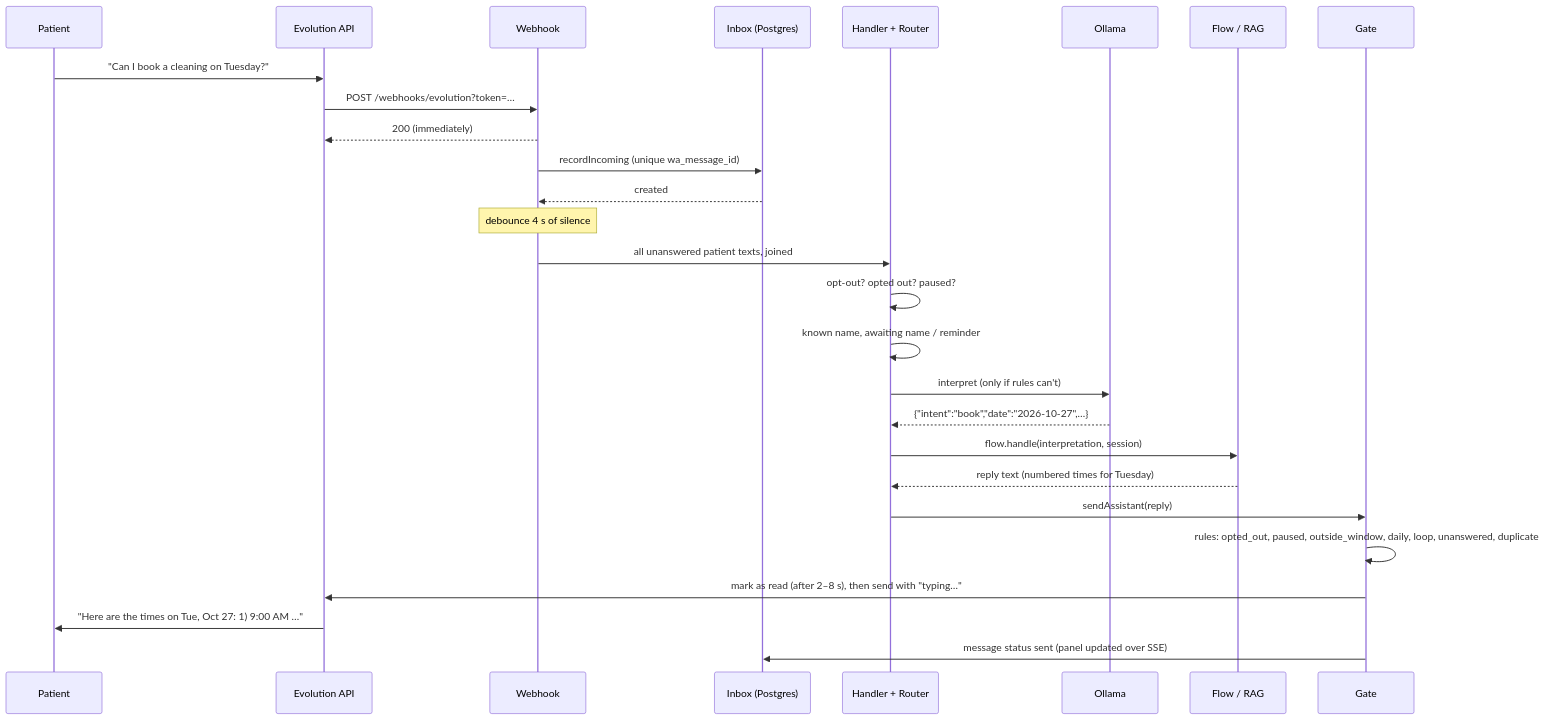
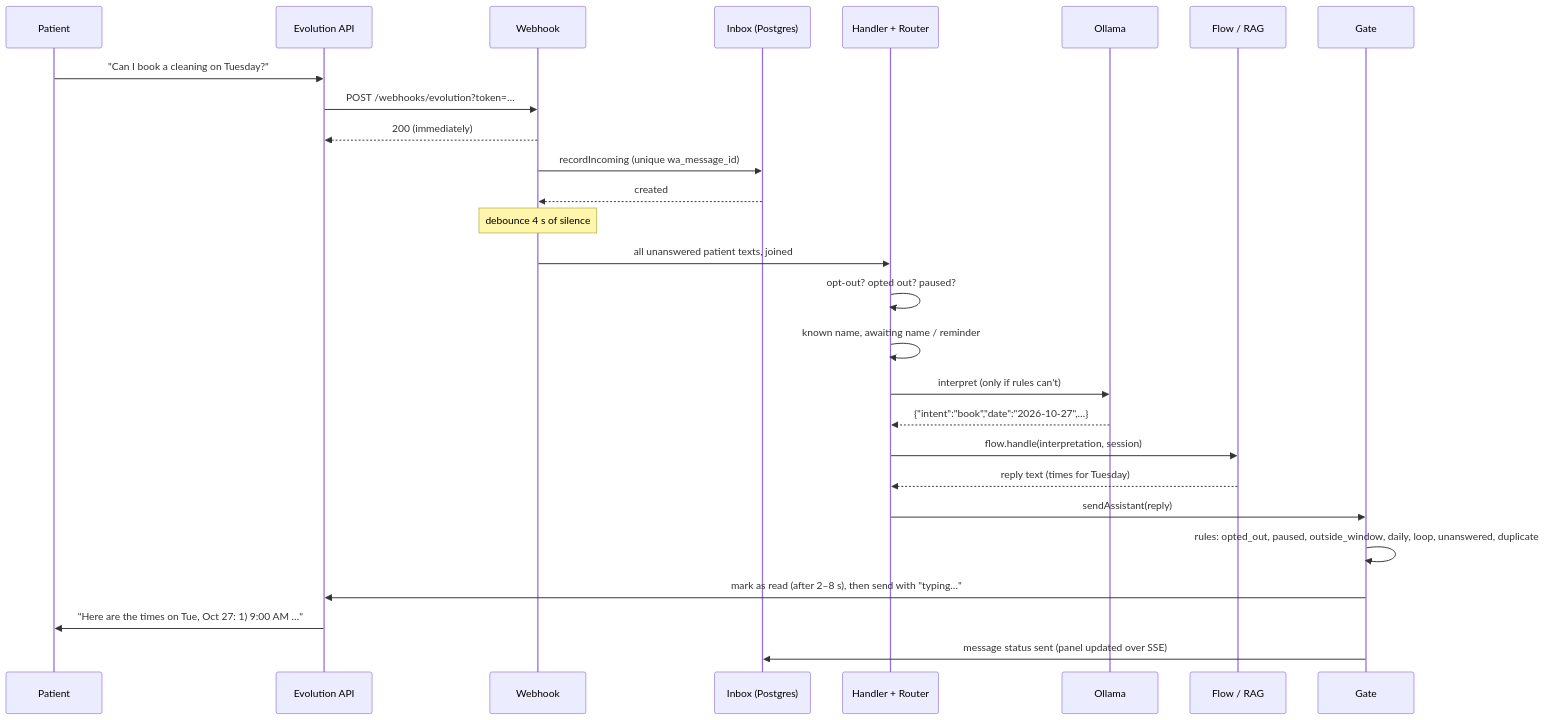
Before and after one commit to devfilip1/Secretaryfy: the first of 2 diagrams in docs/message-pipeline.md, drawn with Mermaid. The commit also changed other lines of this file and 17 other files, not shown here.

First line of the commit message:
feat: scheduling replies use bullets and full weekdays, and the customer picks days and times in free text

````diff
--- a/docs/message-pipeline.md
+++ b/docs/message-pipeline.md
@@ -21,29 +21,29 @@
 ```mermaid
 sequenceDiagram
   participant P as Patient
   participant E as Evolution API
   participant W as Webhook
   participant I as Inbox (Postgres)
   participant H as Handler + Router
   participant O as Ollama
   participant F as Flow / RAG
   participant G as Gate
   P->>E: "Can I book a cleaning on Tuesday?"
   E->>W: POST /webhooks/evolution?token=…
   W-->>E: 200 (immediately)
   W->>I: recordIncoming (unique wa_message_id)
   I-->>W: created
   Note over W: debounce 4 s of silence
   W->>H: all unanswered patient texts, joined
   H->>H: opt-out? opted out? paused?
   H->>H: known name, awaiting name / reminder
   H->>O: interpret (only if rules can't)
   O-->>H: {"intent":"book","date":"2026-10-27",…}
   H->>F: flow.handle(interpretation, session)
-  F-->>H: reply text (numbered times for Tuesday)
+  F-->>H: reply text (times for Tuesday)
   H->>G: sendAssistant(reply)
   G->>G: rules: opted_out, paused, outside_window, daily, loop, unanswered, duplicate
   G->>E: mark as read (after 2–8 s), then send with "typing…"
   E->>P: "Here are the times on Tue, Oct 27: 1) 9:00 AM …"
   G->>I: message status sent (panel updated over SSE)
 ```
````
